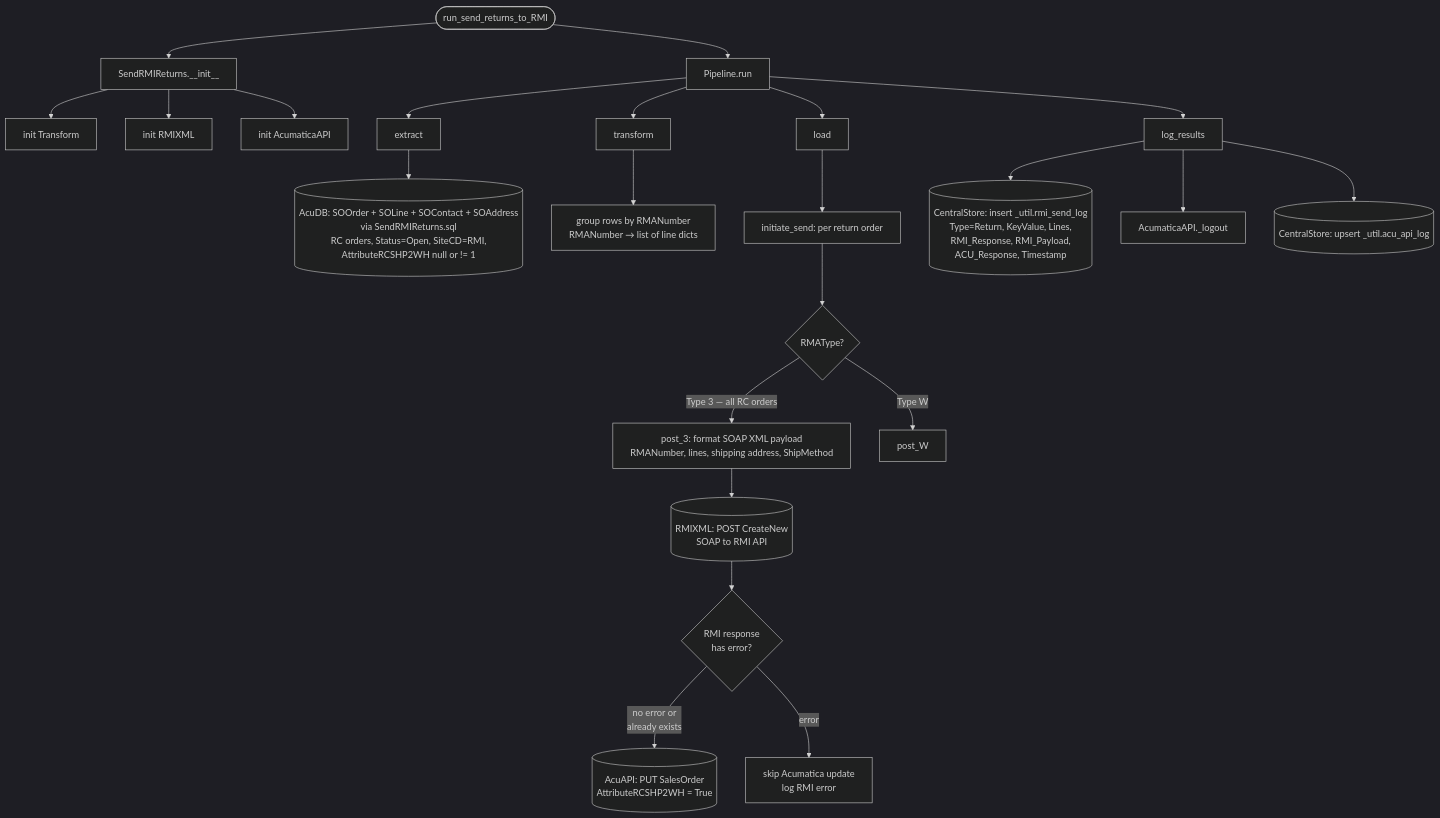
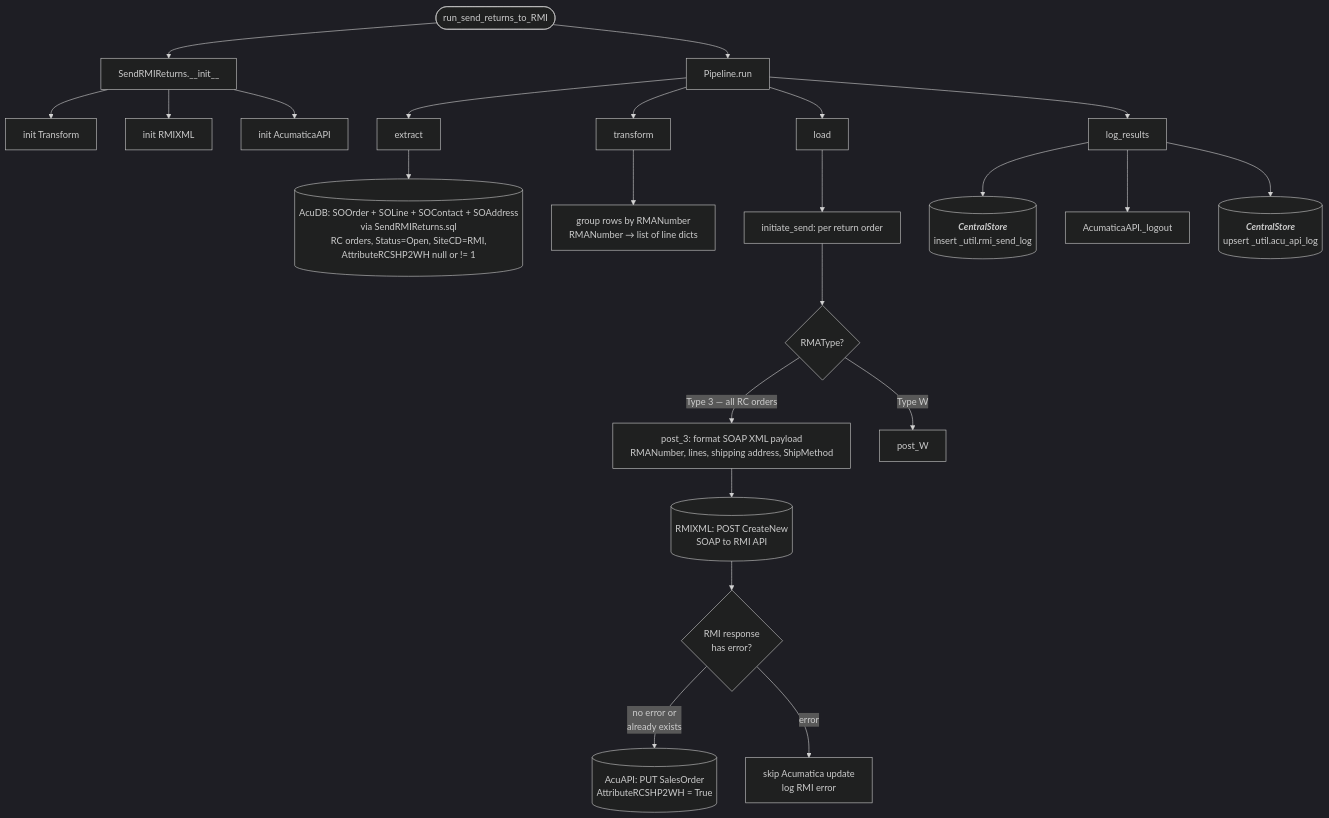
Before and after one commit to journeyhl/integration-platform: the diagram in docs/pipelines/rmi_send_returns.md, drawn with Mermaid (dark theme). The commit also changed 25 other files, not shown here.

````diff
--- a/docs/pipelines/rmi_send_returns.md
+++ b/docs/pipelines/rmi_send_returns.md
@@ -1,30 +1,35 @@
 ```mermaid
 %%{init: {"flowchart": {"wrappingWidth": 400}}}%%
 flowchart TD
     A([run_send_returns_to_RMI]) --> B[SendRMIReturns.__init__]
     B --> B1[init Transform]
     B --> B2[init RMIXML]
     B --> B3[init AcumaticaAPI]
     A --> RUN[Pipeline.run]
 
     RUN --> EX[extract]
     EX --> D1[(AcuDB: SOOrder + SOLine + SOContact + SOAddress<br/>via SendRMIReturns.sql<br/>RC orders, Status=Open, SiteCD=RMI,<br/>AttributeRCSHP2WH null or != 1)]
 
     RUN --> TR[transform]
     TR --> T1[group rows by RMANumber<br/>RMANumber → list of line dicts]
 
     RUN --> LD[load]
     LD --> LD1[initiate_send: per return order]
     LD1 --> LD2{RMAType?}
     LD2 -->|Type 3 — all RC orders| LD3[post_3: format SOAP XML payload<br/>RMANumber, lines, shipping address, ShipMethod]
     LD2 -->|Type W| LD4[post_W]
     LD3 --> RS1[(RMIXML: POST CreateNew<br/>SOAP to RMI API)]
     RS1 --> LD5{RMI response<br/>has error?}
     LD5 -->|no error or<br/>already exists| LD6[(AcuAPI: PUT SalesOrder<br/>AttributeRCSHP2WH = True)]
     LD5 -->|error| SKIP[skip Acumatica update<br/>log RMI error]
 
     RUN --> LR[log_results]
-    LR --> LR1[(CentralStore: insert _util.rmi_send_log<br/>Type=Return, KeyValue, Lines,<br/>RMI_Response, RMI_Payload,<br/>ACU_Response, Timestamp)]
+    LR --> LR1[(
+        <b><i>CentralStore</i></b>
+        insert _util.rmi_send_log
+    )]
     LR --> LO[AcumaticaAPI._logout]
-    LR --> UPS[(CentralStore: upsert _util.acu_api_log)]
+    LR --> UPS[(
+        <b><i>CentralStore</i></b>
+        upsert _util.acu_api_log)]
 ```
````
